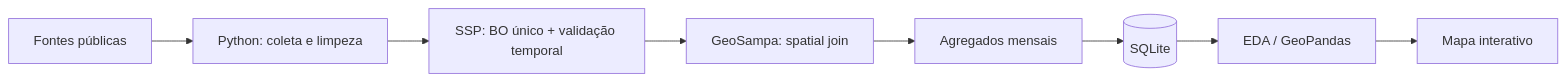
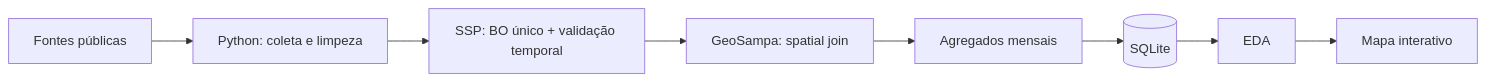
One commit to pfutagawa/smart-sampa-data-science changed the diagram in README.md. Above: the diagram before and after it, drawn with Mermaid. The commit also changed other lines of this file, not shown here.

````diff
--- a/README.md
+++ b/README.md
@@ -35,10 +63,10 @@
 ```mermaid
 flowchart LR
     A[Fontes públicas] --> B[Python: coleta e limpeza]
     B --> C[SSP: BO único + validação temporal]
     C --> D[GeoSampa: spatial join]
     D --> E[Agregados mensais]
     E --> F[(SQLite)]
-    F --> G[EDA / GeoPandas]
+    F --> G[EDA]
     G --> H[Mapa interativo]
 ```
````
